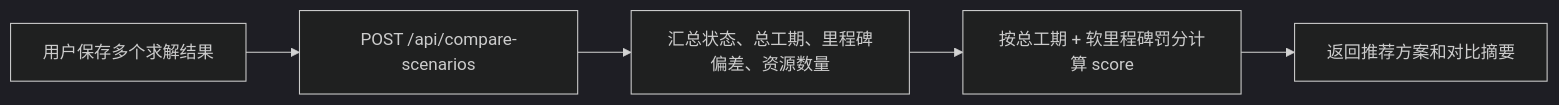
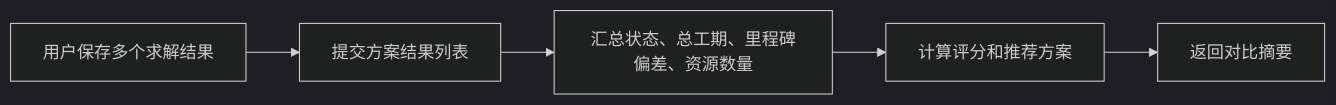
One commit to Lili-big/projectScheduling changed the eighth of 9 diagrams in docs/project-scheduling-system-overview.md. Above: the diagram before and after it, drawn with Mermaid (dark theme). The commit also changed other lines of this file and 4 other files, not shown here.

````diff
--- a/docs/project-scheduling-system-overview.md
+++ b/docs/project-scheduling-system-overview.md
@@ -251,7 +290,7 @@
 ```mermaid
 flowchart LR
-  A["用户保存多个求解结果"] --> B["POST /api/compare-scenarios"]
+  A["用户保存多个求解结果"] --> B["提交方案结果列表"]
   B --> C["汇总状态、总工期、里程碑偏差、资源数量"]
-  C --> D["按总工期 + 软里程碑罚分计算 score"]
-  D --> E["返回推荐方案和对比摘要"]
+  C --> D["计算评分和推荐方案"]
+  D --> E["返回对比摘要"]
 ```
````
